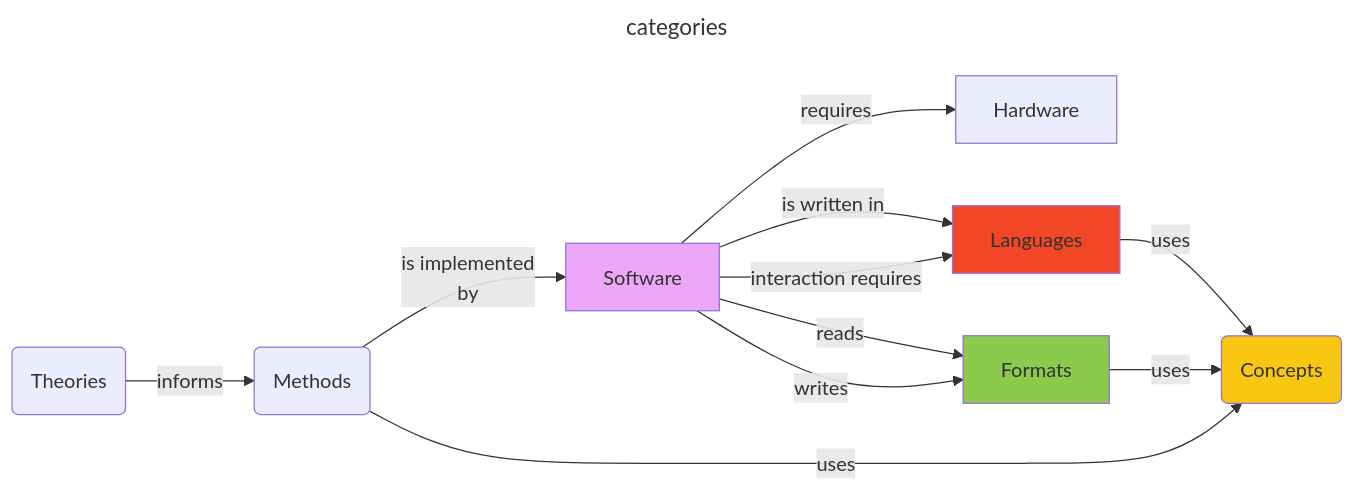
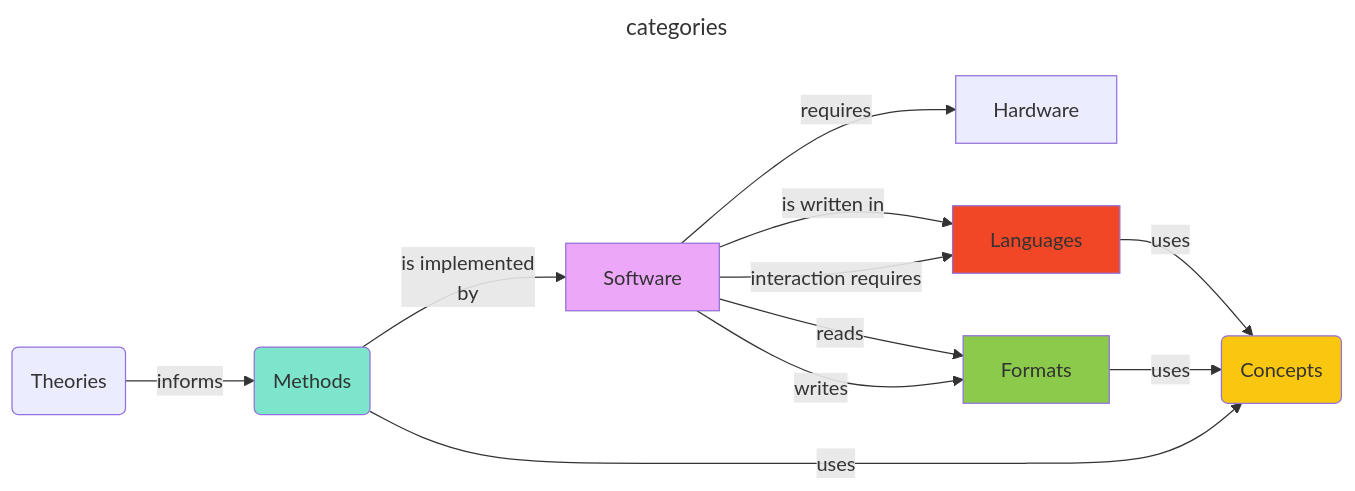
Before and after one commit to FuReSH/slides: the third of 7 diagrams in assets/mermaid-charts.md, drawn with Mermaid. The commit also changed 1 other file, not shown here.

Commit message:
added colour to the method

```diff
--- a/assets/mermaid-charts.md
+++ b/assets/mermaid-charts.md
@@ -106,35 +106,37 @@
 <pre class="mermaid">
 ---
 title: categories
 ---
 
 flowchart LR
     %% nodes
     software[Software]
     hardware[Hardware]
     method(Methods)
     theory(Theories)
     format[Formats]
     language[Languages]
     concept(Concepts)
 
     %% edges: note that the layout does not imply hierarchies
     theory -->|informs| method
     method -->|is implemented\nby| software
     method & format & language -->|uses| concept
     software -->|requires| hardware
     software -->|is written in| language
     software -->|interaction requires| language
     software -->|reads| format
     software -->|writes| format
 
     %% classes
     classDef software fill:#ECA7F9
     classDef language fill:#F24726
     classDef concept fill:#F9C710
     classDef format fill:#8BCA4B
+    classDef method fill:#7ce5cb
+    class method method
     class software software
     class concept concept
     class format format
     class language language
 </pre>
```
